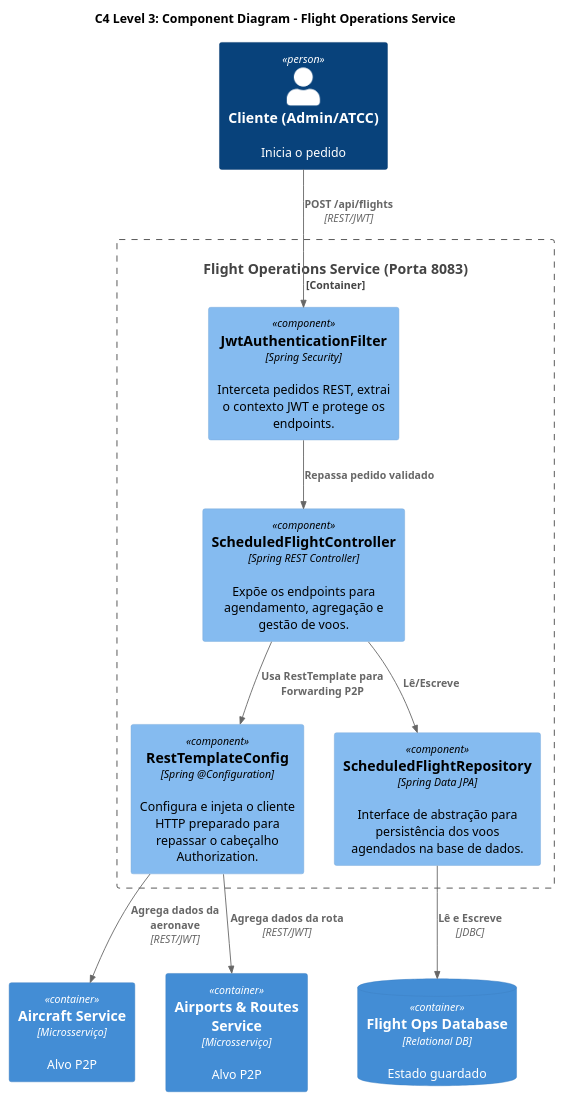
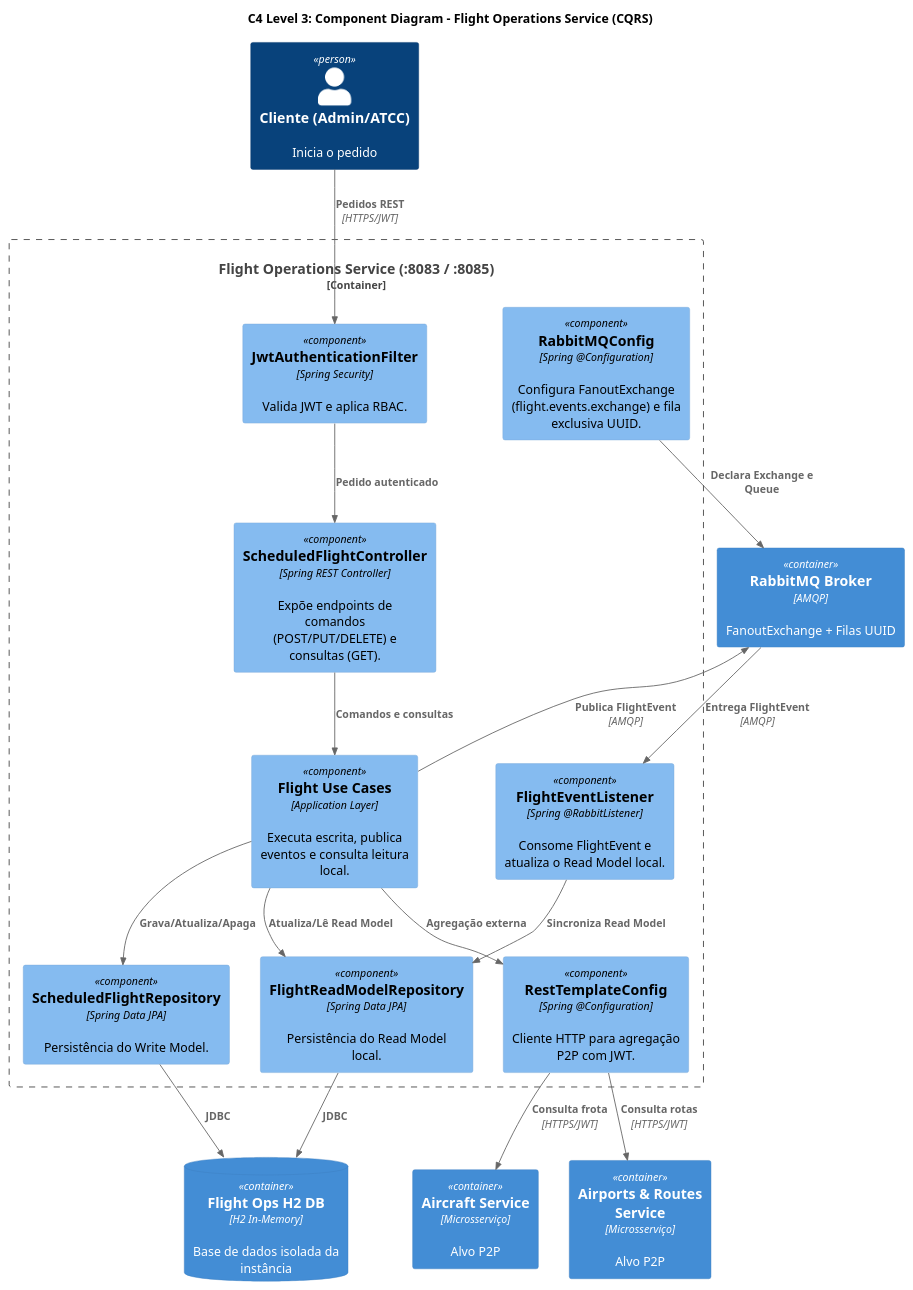
Before and after one commit to jvonhafe/LETI_1241237_SIDIS_2026: the diagram in flight-ops-service/docs/c4_level3_flightops_components.puml, drawn with PlantUML. The commit also changed 3 other files, not shown here.

Commit message:
docs(flight-ops): update architecture and C4 diagrams for CQRS and RabbitMQ

```diff
--- a/flight-ops-service/docs/c4_level3_flightops_components.puml
+++ b/flight-ops-service/docs/c4_level3_flightops_components.puml
@@ -1,32 +1,38 @@
 @startuml c4_level3_flightops_components
 !include https://raw.githubusercontent.com/plantuml-stdlib/C4-PlantUML/master/C4_Component.puml
 
-title "C4 Level 3: Component Diagram - Flight Operations Service"
+title "C4 Level 3: Component Diagram - Flight Operations Service (CQRS)"
 
-Container_Boundary(flight_ops_service, "Flight Operations Service (Porta 8083)") {
-    Component(security_filter, "JwtAuthenticationFilter", "Spring Security", "Interceta pedidos REST, extrai o contexto JWT e protege os endpoints.")
-
-    Component(flight_controller, "ScheduledFlightController", "Spring REST Controller", "Expõe os endpoints para agendamento, agregação e gestão de voos.")
-
-    Component(rest_config, "RestTemplateConfig", "Spring @Configuration", "Configura e injeta o cliente HTTP preparado para repassar o cabeçalho Authorization.")
-
-    Component(flight_repo, "ScheduledFlightRepository", "Spring Data JPA", "Interface de abstração para persistência dos voos agendados na base de dados.")
+Container_Boundary(flight_ops_service, "Flight Operations Service (:8083 / :8085)") {
+    Component(security_filter, "JwtAuthenticationFilter", "Spring Security", "Valida JWT e aplica RBAC.")
+    Component(flight_controller, "ScheduledFlightController", "Spring REST Controller", "Expõe endpoints de comandos (POST/PUT/DELETE) e consultas (GET).")
+    Component(use_cases, "Flight Use Cases", "Application Layer", "Executa escrita, publica eventos e consulta leitura local.")
+    Component(rabbit_config, "RabbitMQConfig", "Spring @Configuration", "Configura FanoutExchange (flight.events.exchange) e fila exclusiva UUID.")
+    Component(event_listener, "FlightEventListener", "Spring @RabbitListener", "Consome FlightEvent e atualiza o Read Model local.")
+    Component(rest_config, "RestTemplateConfig", "Spring @Configuration", "Cliente HTTP para agregação P2P com JWT.")
+    Component(write_repo, "ScheduledFlightRepository", "Spring Data JPA", "Persistência do Write Model.")
+    Component(read_repo, "FlightReadModelRepository", "Spring Data JPA", "Persistência do Read Model local.")
 }
 
 Person(admin, "Cliente (Admin/ATCC)", "Inicia o pedido")
+Container(rabbitmq, "RabbitMQ Broker", "AMQP", "FanoutExchange + Filas UUID")
 Container(aircraft_service, "Aircraft Service", "Microsserviço", "Alvo P2P")
 Container(airport_routes, "Airports & Routes Service", "Microsserviço", "Alvo P2P")
-ContainerDb(db, "Flight Ops Database", "Relational DB", "Estado guardado")
+ContainerDb(db, "Flight Ops H2 DB", "H2 In-Memory", "Base de dados isolada da instância")
 
-Rel(admin, security_filter, "POST /api/flights", "REST/JWT")
-Rel(security_filter, flight_controller, "Repassa pedido validado")
-
-Rel(flight_controller, rest_config, "Usa RestTemplate para Forwarding P2P")
-Rel(flight_controller, flight_repo, "Lê/Escreve")
-
-Rel(rest_config, aircraft_service, "Agrega dados da aeronave", "REST/JWT")
-Rel(rest_config, airport_routes, "Agrega dados da rota", "REST/JWT")
-
-Rel(flight_repo, db, "Lê e Escreve", "JDBC")
+Rel(admin, security_filter, "Pedidos REST", "HTTPS/JWT")
+Rel(security_filter, flight_controller, "Pedido autenticado")
+Rel(flight_controller, use_cases, "Comandos e consultas")
+Rel(use_cases, write_repo, "Grava/Atualiza/Apaga")
+Rel(use_cases, read_repo, "Atualiza/Lê Read Model")
+Rel(use_cases, rabbitmq, "Publica FlightEvent", "AMQP")
+Rel(rabbitmq, event_listener, "Entrega FlightEvent", "AMQP")
+Rel(event_listener, read_repo, "Sincroniza Read Model")
+Rel(rabbit_config, rabbitmq, "Declara Exchange e Queue")
+Rel(use_cases, rest_config, "Agregação externa")
+Rel(rest_config, aircraft_service, "Consulta frota", "HTTPS/JWT")
+Rel(rest_config, airport_routes, "Consulta rotas", "HTTPS/JWT")
+Rel(write_repo, db, "JDBC")
+Rel(read_repo, db, "JDBC")
 
 @enduml
```
